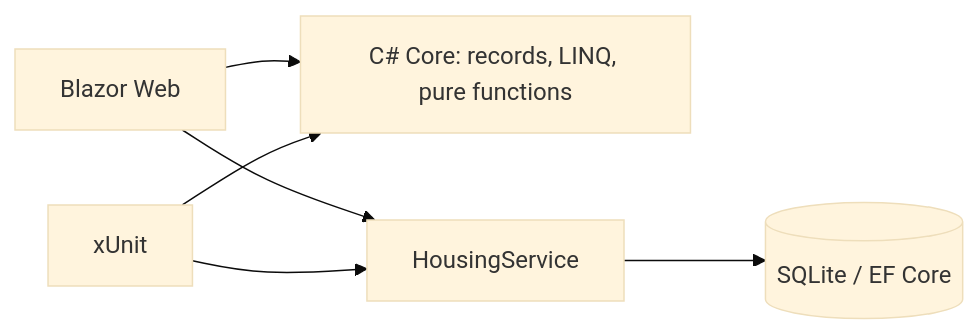
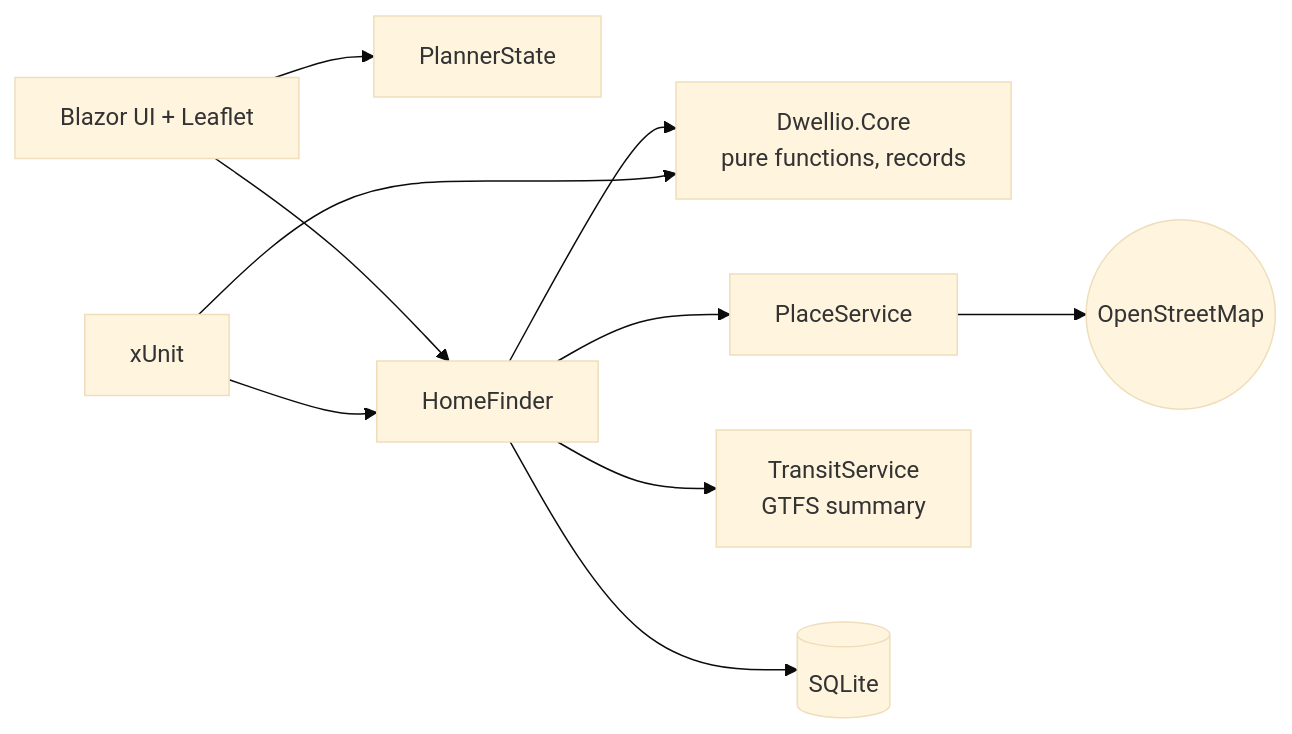
The diagram in README.md (Nkdr21/final-project), drawn with Mermaid (base theme) before and after one commit. The commit also changed other lines of this file and 104 other files, not shown here.

````diff
--- a/README.md
+++ b/README.md
@@ -82,8 +96,11 @@
 ```mermaid
 flowchart LR
-    UI[Blazor Web] --> Core[C# Core: records, LINQ, pure functions]
-    UI --> Service[HousingService]
-    Service --> DB[(SQLite / EF Core)]
+    UI[Blazor UI + Leaflet] --> State[PlannerState]
+    UI --> Finder[HomeFinder]
+    Finder --> Core[Dwellio.Core<br/>pure functions, records]
+    Finder --> Places[PlaceService] --> OSM((OpenStreetMap))
+    Finder --> Transit[TransitService<br/>GTFS summary]
+    Finder --> DB[(SQLite)]
     Tests[xUnit] --> Core
-    Tests --> Service
+    Tests --> Finder
 ```
````
